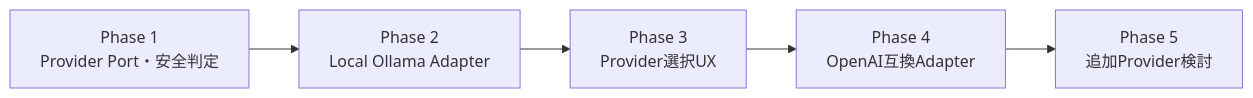
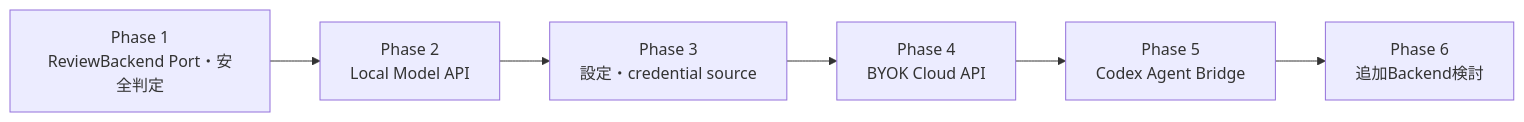
One commit to mgmaru/algo-loom changed the sixth of 6 diagrams in design/llm-provider-design.md. Above: the diagram before and after it, drawn with Mermaid. The commit also changed other lines of this file, not shown here.

Commit message:
docs: Review Backendの設計方針を追加

````diff
--- a/design/llm-provider-design.md
+++ b/design/llm-provider-design.md
@@ -658,7 +870,8 @@
 ```mermaid
 flowchart LR
-    P1[Phase 1<br/>Provider Port・安全判定] --> P2[Phase 2<br/>Local Ollama Adapter]
-    P2 --> P3[Phase 3<br/>Provider選択UX]
-    P3 --> P4[Phase 4<br/>OpenAI互換Adapter]
-    P4 --> P5[Phase 5<br/>追加Provider検討]
+    P1[Phase 1<br/>ReviewBackend Port・安全判定] --> P2[Phase 2<br/>Local Model API]
+    P2 --> P3[Phase 3<br/>設定・credential source]
+    P3 --> P4[Phase 4<br/>BYOK Cloud API]
+    P4 --> P5[Phase 5<br/>Codex Agent Bridge]
+    P5 --> P6[Phase 6<br/>追加Backend検討]
 ```
````
